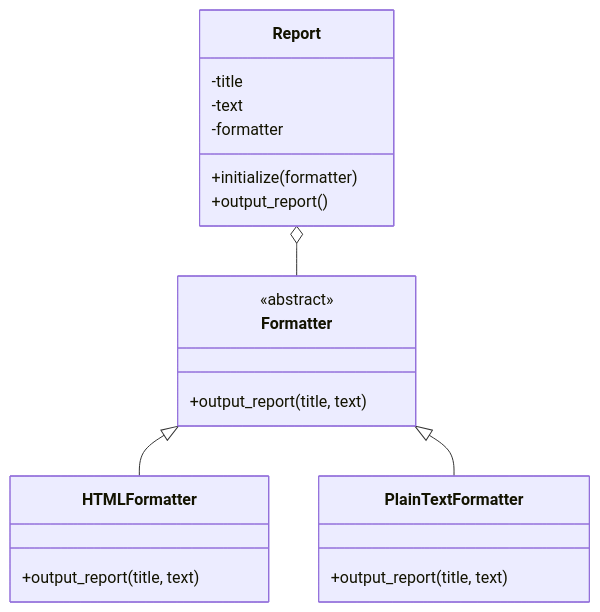
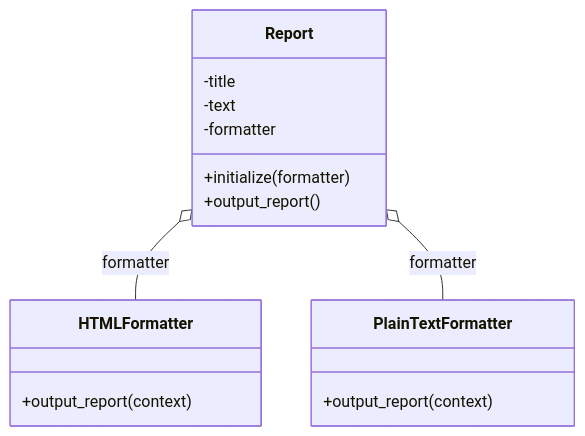
One commit to Ko-s-y/ruby-design-pattern changed the diagram in strategy/README.md. Above: the diagram before and after it, drawn with Mermaid. The commit also changed 4 other files, not shown here.

````diff
--- a/strategy/README.md
+++ b/strategy/README.md
@@ -5,27 +5,21 @@
 ```mermaid
 classDiagram
-    class Formatter {
-        <<abstract>>
-        +output_report(title, text)
-    }
-
-    class HTMLFormatter {
-        +output_report(title, text)
-    }
-
-    class PlainTextFormatter {
-        +output_report(title, text)
-    }
-
     class Report {
         -title
         -text
         -formatter
         +initialize(formatter)
         +output_report()
     }
 
-    Formatter <|-- HTMLFormatter
-    Formatter <|-- PlainTextFormatter
-    Report o-- Formatter
+    class HTMLFormatter {
+        +output_report(context)
+    }
+
+    class PlainTextFormatter {
+        +output_report(context)
+    }
+
+    Report o-- HTMLFormatter : formatter
+    Report o-- PlainTextFormatter : formatter
 ```
````
